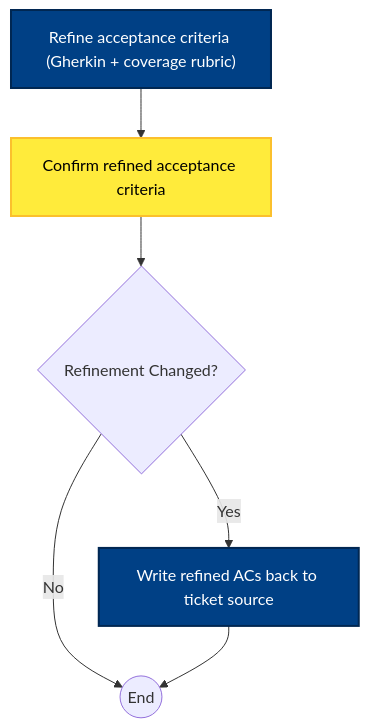
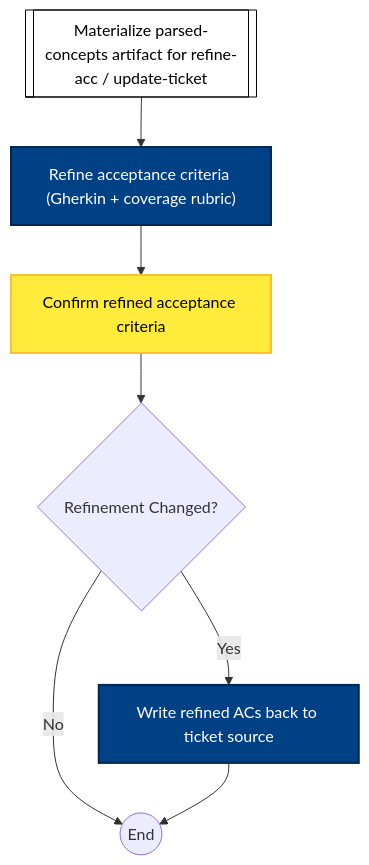
Diagram 14 of 21 in docs/process-diagram.md (optivem/gh-optivem), drawn with Mermaid before and after one commit. The commit also changed 1 other file, not shown here.

Commit message:
atdd: regenerate process-flow diagram

````diff
--- a/docs/process-diagram.md
+++ b/docs/process-diagram.md
@@ -378,20 +378,25 @@
 ```mermaid
 flowchart TD
     BACKLOG_REFINEMENT["Refine acceptance criteria (Gherkin + coverage rubric)"]
     BR_END((End))
     CONFIRM_REFINEMENT[Confirm refined acceptance criteria]
     GATE_REFINEMENT_CHANGED{Refinement Changed?}
+    MATERIALIZE_PARSED_CONCEPTS[[Materialize parsed-concepts artifact for refine-acc / update-ticket]]
     UPDATE_TICKET[Write refined ACs back to ticket source]
 
+    MATERIALIZE_PARSED_CONCEPTS --> BACKLOG_REFINEMENT
     BACKLOG_REFINEMENT --> CONFIRM_REFINEMENT
     CONFIRM_REFINEMENT --> GATE_REFINEMENT_CHANGED
     GATE_REFINEMENT_CHANGED -- Yes --> UPDATE_TICKET
     GATE_REFINEMENT_CHANGED -- No --> BR_END
     UPDATE_TICKET --> BR_END
+
+    classDef serviceNode fill:#ffffff,stroke:#000000,stroke-width:1px,color:#000000
+    class MATERIALIZE_PARSED_CONCEPTS serviceNode
 
     classDef agentNode fill:#004085,stroke:#002752,stroke-width:2px,color:#ffffff
     class BACKLOG_REFINEMENT,UPDATE_TICKET agentNode
 
     classDef humanNode fill:#ffeb3b,stroke:#fbc02d,stroke-width:2px,color:#000000
     class CONFIRM_REFINEMENT humanNode
 ```
````
